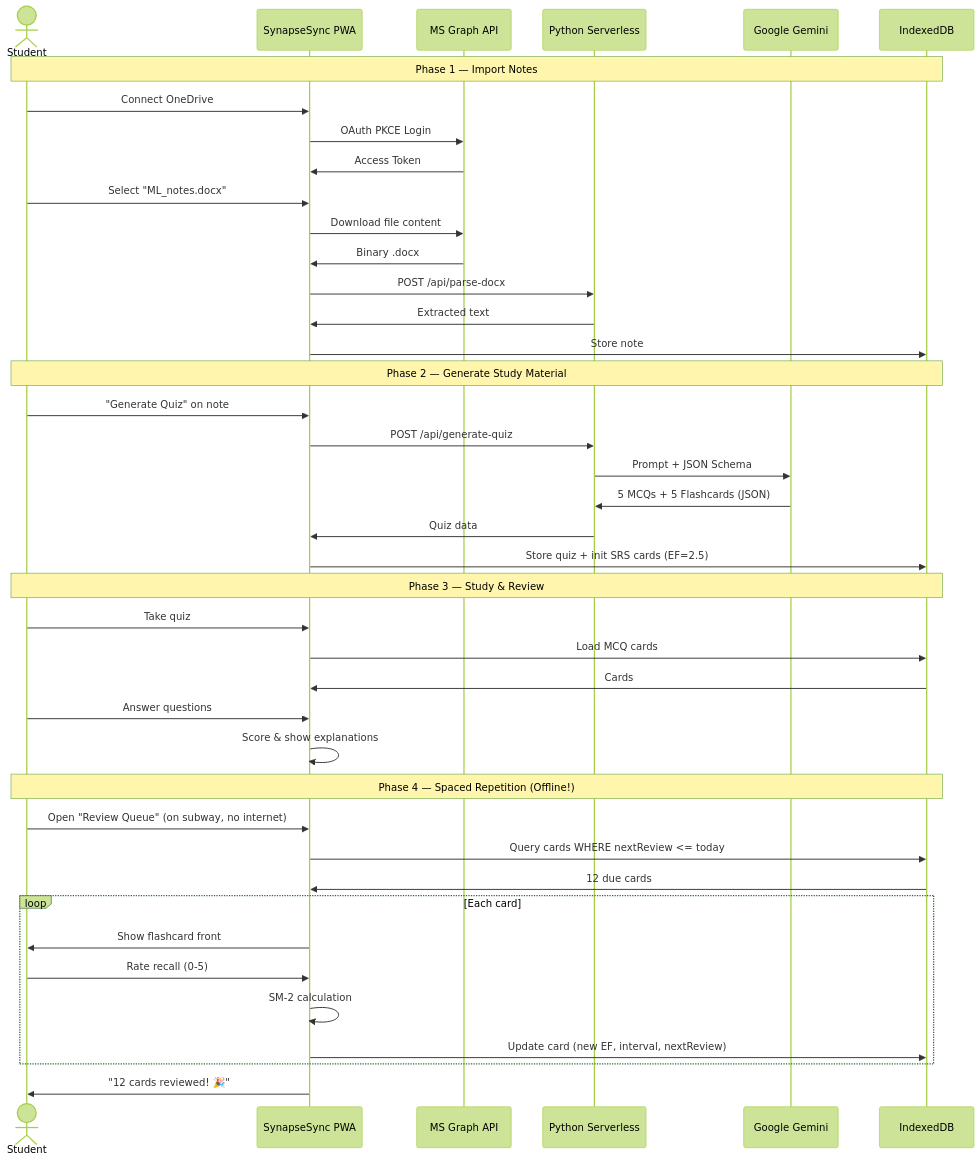
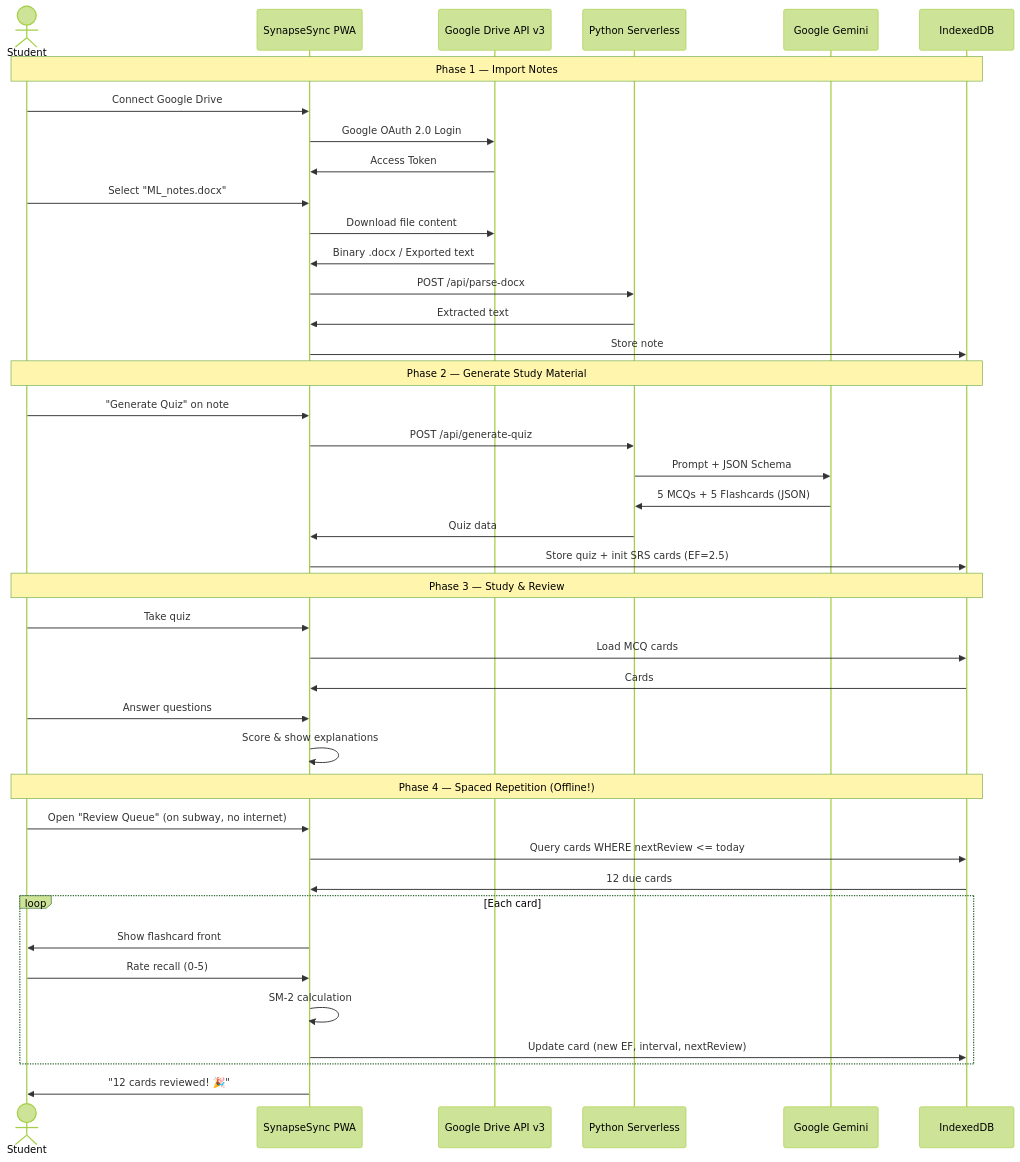
The second of 4 diagrams in documentation/design/high_level/06_design_overview.md (Strider221B/synapse-sync), drawn with Mermaid (forest theme) before and after one commit. The commit also changed other lines of this file and 5 other files, not shown here.

````diff
--- a/documentation/design/high_level/06_design_overview.md
+++ b/documentation/design/high_level/06_design_overview.md
@@ -150,47 +150,47 @@
 ```mermaid
 sequenceDiagram
     actor Student
     participant PWA as SynapseSync PWA
-    participant OneDrive as MS Graph API
+    participant Drive as Google Drive API v3
     participant API as Python Serverless
     participant Gemini as Google Gemini
     participant IDB as IndexedDB
 
     Note over Student,IDB: Phase 1 — Import Notes
-    Student->>PWA: Connect OneDrive
-    PWA->>OneDrive: OAuth PKCE Login
-    OneDrive->>PWA: Access Token
+    Student->>PWA: Connect Google Drive
+    PWA->>Drive: Google OAuth 2.0 Login
+    Drive->>PWA: Access Token
     Student->>PWA: Select "ML_notes.docx"
-    PWA->>OneDrive: Download file content
-    OneDrive->>PWA: Binary .docx
+    PWA->>Drive: Download file content
+    Drive->>PWA: Binary .docx / Exported text
     PWA->>API: POST /api/parse-docx
     API->>PWA: Extracted text
     PWA->>IDB: Store note
 
     Note over Student,IDB: Phase 2 — Generate Study Material
     Student->>PWA: "Generate Quiz" on note
     PWA->>API: POST /api/generate-quiz
     API->>Gemini: Prompt + JSON Schema
     Gemini->>API: 5 MCQs + 5 Flashcards (JSON)
     API->>PWA: Quiz data
     PWA->>IDB: Store quiz + init SRS cards (EF=2.5)
 
     Note over Student,IDB: Phase 3 — Study & Review
     Student->>PWA: Take quiz
     PWA->>IDB: Load MCQ cards
     IDB->>PWA: Cards
     Student->>PWA: Answer questions
     PWA->>PWA: Score & show explanations
 
     Note over Student,IDB: Phase 4 — Spaced Repetition (Offline!)
     Student->>PWA: Open "Review Queue" (on subway, no internet)
     PWA->>IDB: Query cards WHERE nextReview <= today
     IDB->>PWA: 12 due cards
     loop Each card
         PWA->>Student: Show flashcard front
         Student->>PWA: Rate recall (0-5)
         PWA->>PWA: SM-2 calculation
         PWA->>IDB: Update card (new EF, interval, nextReview)
     end
     PWA->>Student: "12 cards reviewed! 🎉"
 ```
````
